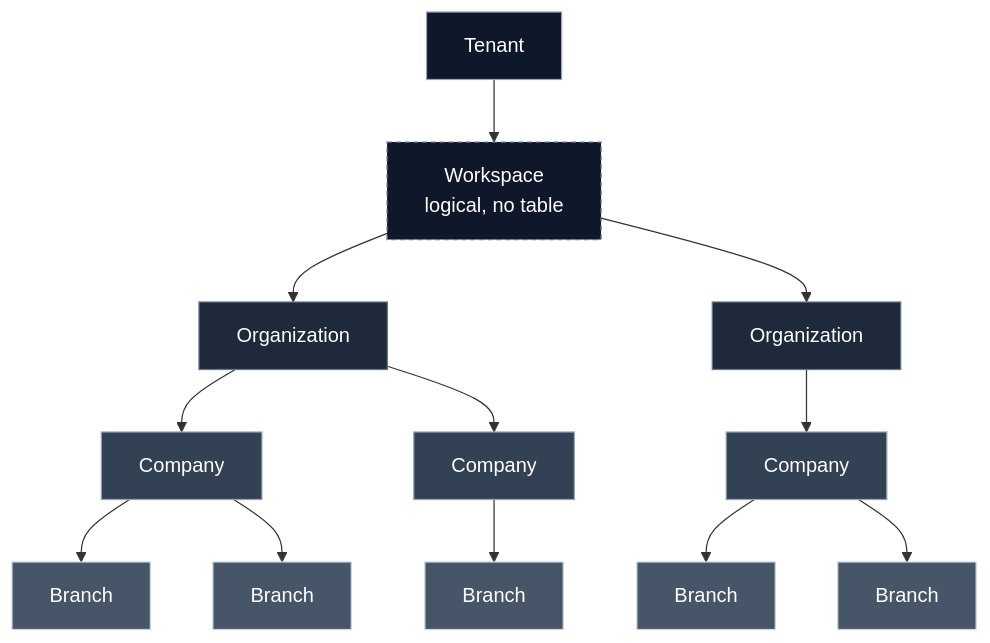
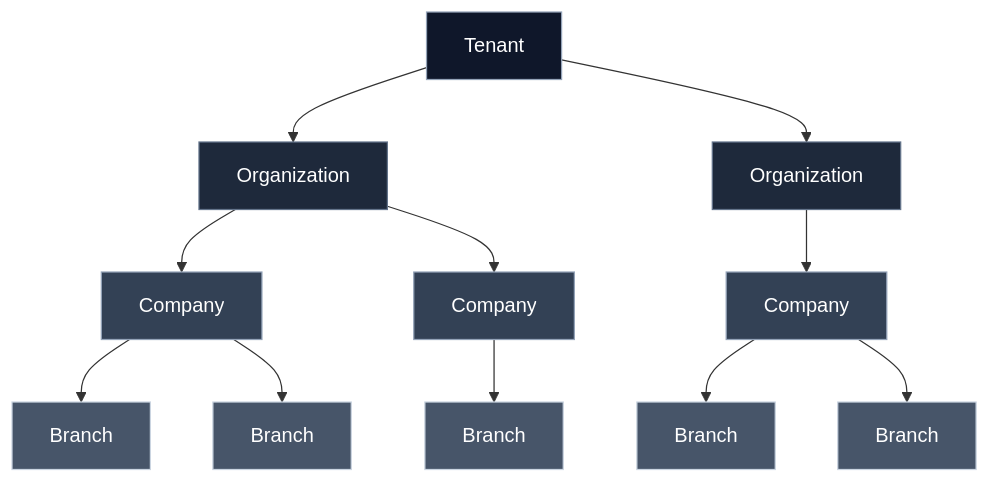
Before and after one commit to dineshinfome-stack/business-os-suite: the diagram in docs/02-architecture/multi-tenant-architecture.md, drawn with Mermaid. The commit also changed other lines of this file, not shown here.

````diff
--- a/docs/02-architecture/multi-tenant-architecture.md
+++ b/docs/02-architecture/multi-tenant-architecture.md
@@ -45,26 +45,23 @@
 ```mermaid
 flowchart TD
   T[Tenant]
-  T --> W[Workspace<br/>logical, no table]
-  W --> O1[Organization]
-  W --> O2[Organization]
+  T --> O1[Organization]
+  T --> O2[Organization]
   O1 --> C1[Company]
   O1 --> C2[Company]
   O2 --> C3[Company]
   C1 --> B1[Branch]
   C1 --> B2[Branch]
   C2 --> B3[Branch]
   C3 --> B4[Branch]
   C3 --> B5[Branch]
 
   classDef tenant fill:#0f172a,stroke:#94a3b8,color:#fff;
-  classDef workspace fill:#0f172a,stroke:#64748b,color:#fff,stroke-dasharray: 4 3;
   classDef org fill:#1e293b,stroke:#64748b,color:#fff;
   classDef company fill:#334155,stroke:#94a3b8,color:#fff;
   classDef branch fill:#475569,stroke:#cbd5e1,color:#fff;
   class T tenant;
-  class W workspace;
   class O1,O2 org;
   class C1,C2,C3 company;
   class B1,B2,B3,B4,B5 branch;
 ```
````
